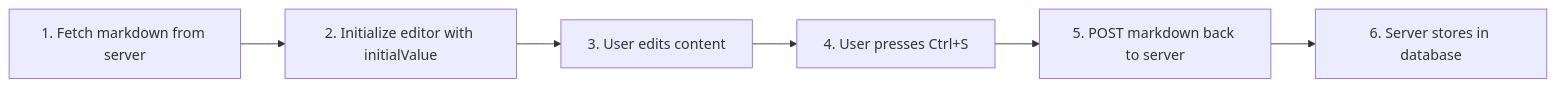
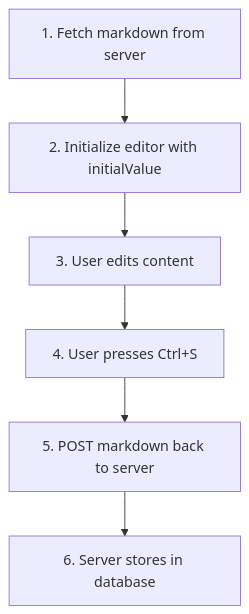
One commit to slpstream/traven changed the diagram in docs/saving.md. Above: the diagram before and after it, drawn with Mermaid. The commit also changed other lines of this file and 8 other files, not shown here.

Commit message:
docs: clean up document headings, update saving flow diagram, and ignore config.ini

````diff
--- a/docs/saving.md
+++ b/docs/saving.md
@@ -130,8 +130,8 @@
 ```mermaid
-graph LR
+graph TD
     A[1. Fetch markdown from server] --> B[2. Initialize editor with initialValue]
     B --> C[3. User edits content]
     C --> D[4. User presses Ctrl+S]
     D --> E[5. POST markdown back to server]
     E --> F[6. Server stores in database]
 ```
````
